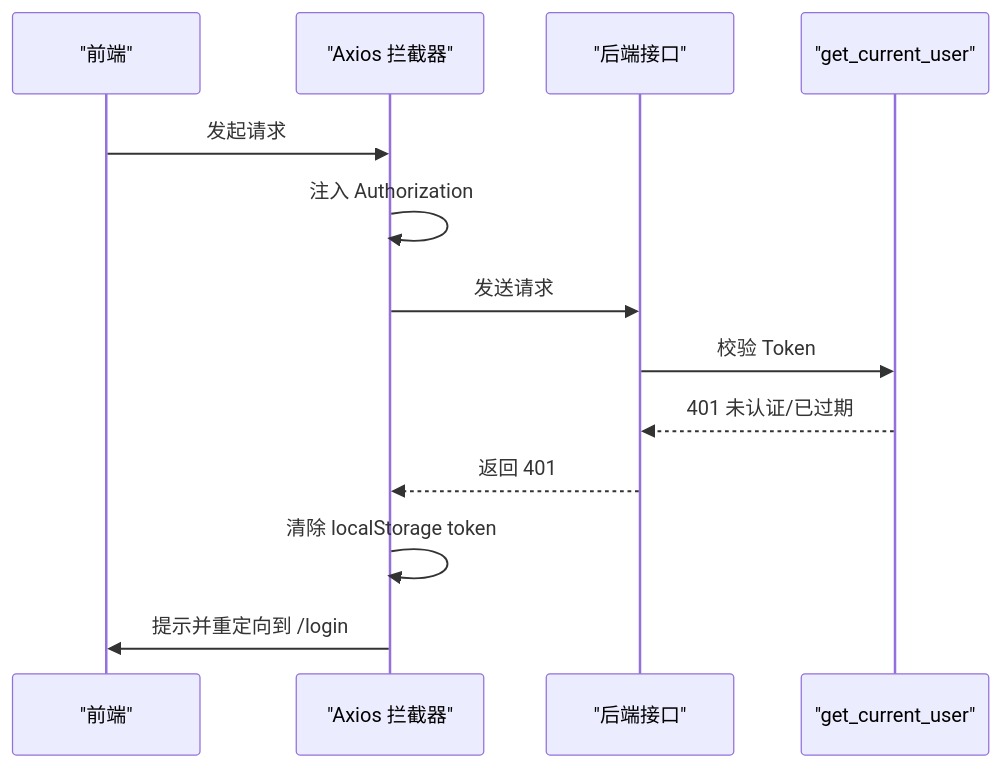
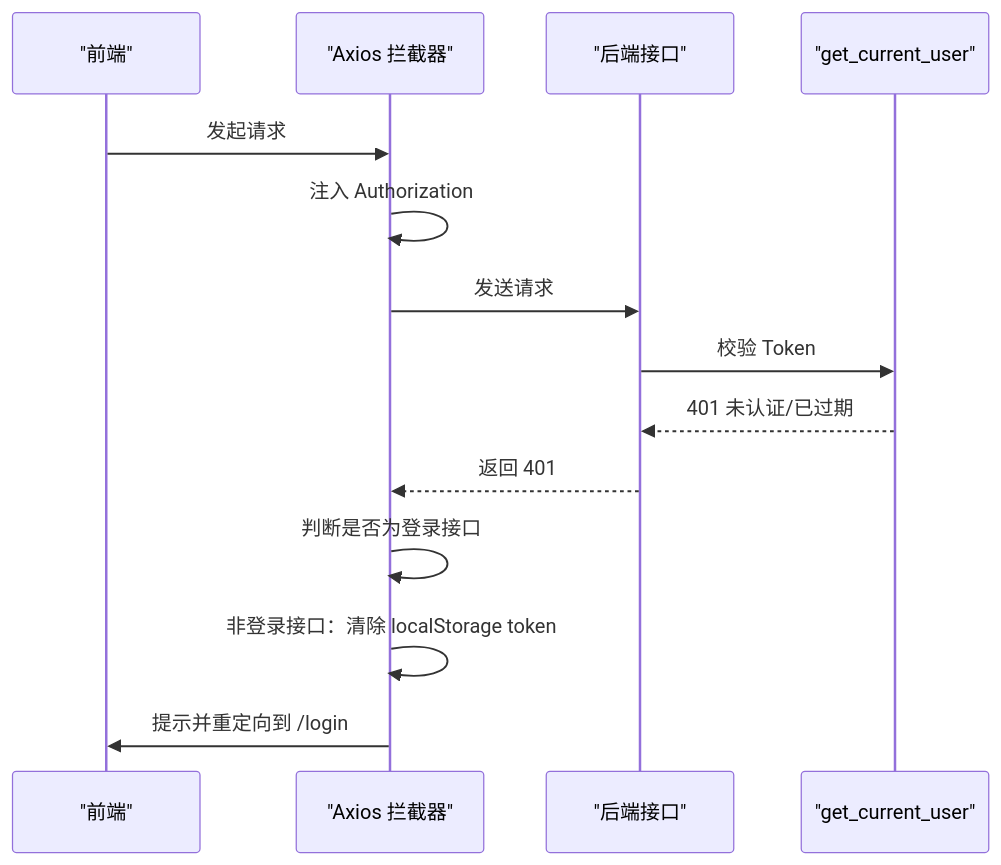
The eighth of 10 diagrams in .qoder/repowiki/zh/content/认证与授权/认证与授权.md (xgd561/performance_evaluation_system), drawn with Mermaid before and after one commit. The commit also changed other lines of this file and 56 other files, not shown here.

````diff
--- a/.qoder/repowiki/zh/content/认证与授权/认证与授权.md
+++ b/.qoder/repowiki/zh/content/认证与授权/认证与授权.md
@@ -256,15 +341,16 @@
 ```mermaid
 sequenceDiagram
 participant FE as "前端"
 participant Axios as "Axios 拦截器"
 participant API as "后端接口"
 participant Auth as "get_current_user"
 FE->>Axios : 发起请求
 Axios->>Axios : 注入 Authorization
 Axios->>API : 发送请求
 API->>Auth : 校验 Token
 Auth-->>API : 401 未认证/已过期
 API-->>Axios : 返回 401
-Axios->>Axios : 清除 localStorage token
+Axios->>Axios : 判断是否为登录接口
+Axios->>Axios : 非登录接口：清除 localStorage token
 Axios->>FE : 提示并重定向到 /login
 ```
````
